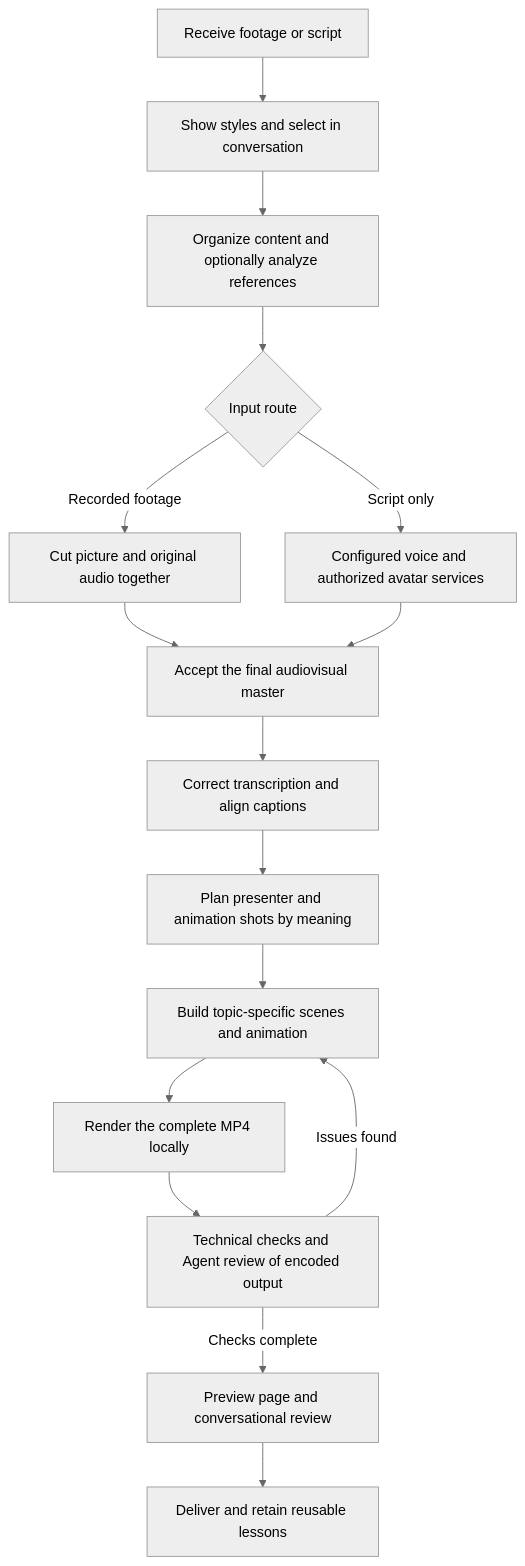
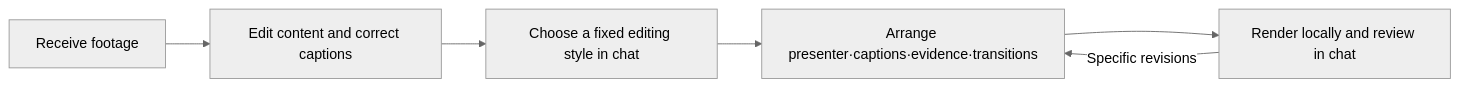
Before and after one commit to maomyu/talking-head-motion: the diagram in README.en.md, drawn with Mermaid (neutral theme). The commit also changed other lines of this file and 50 other files, not shown here.

Commit message:
Center workflow on 30 fixed talking-head editing styles

````diff
--- a/README.en.md
+++ b/README.en.md
@@ -24,18 +21,8 @@
 ```mermaid
-flowchart TD
-    A[Receive footage or script] --> B[Show styles and select in conversation]
-    B --> C[Organize content and optionally analyze references]
-    C --> D{Input route}
-    D -->|Recorded footage| E[Cut picture and original audio together]
-    D -->|Script only| F[Configured voice and authorized avatar services]
-    E --> G[Accept the final audiovisual master]
-    F --> G
-    G --> H[Correct transcription and align captions]
-    H --> I[Plan presenter and animation shots by meaning]
-    I --> J[Build topic-specific scenes and animation]
-    J --> K[Render the complete MP4 locally]
-    K --> L[Technical checks and Agent review of encoded output]
-    L -->|Issues found| J
-    L -->|Checks complete| M[Preview page and conversational review]
-    M --> N[Deliver and retain reusable lessons]
+flowchart LR
+    A[Receive footage] --> B[Edit content and correct captions]
+    B --> C[Choose a fixed editing style in chat]
+    C --> D[Arrange presenter·captions·evidence·transitions]
+    D --> E[Render locally and review in chat]
+    E -->|Specific revisions| D
 ```
````
